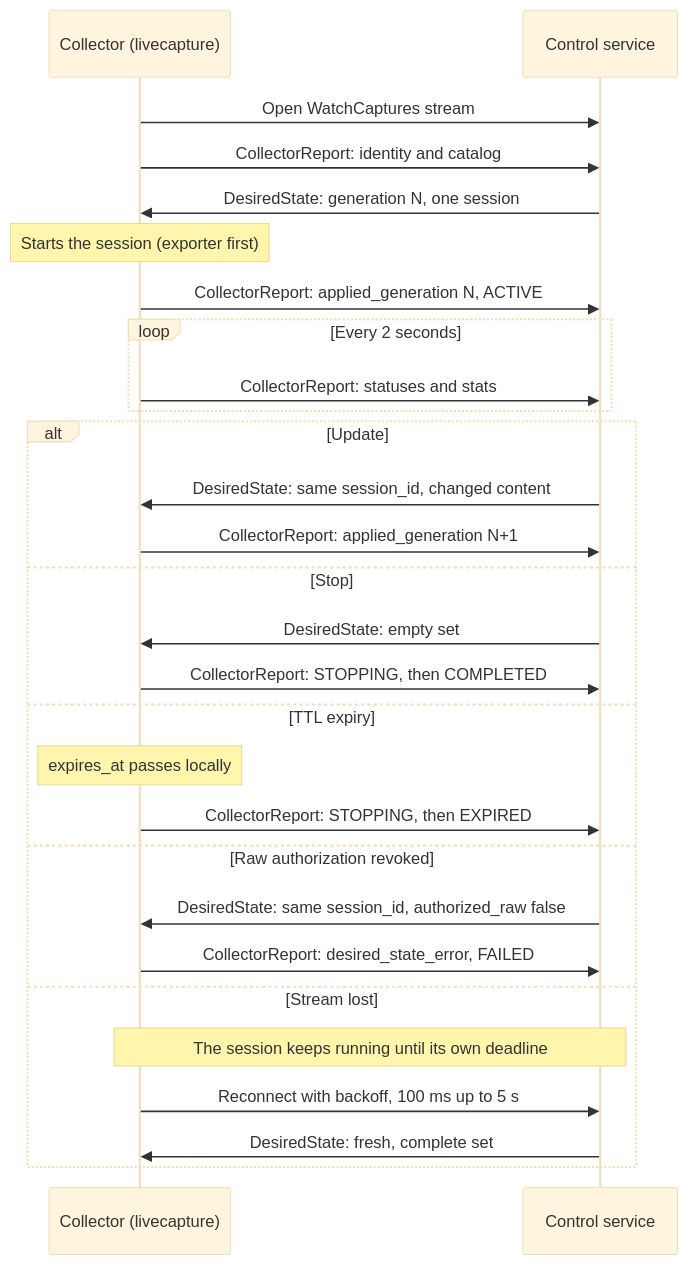
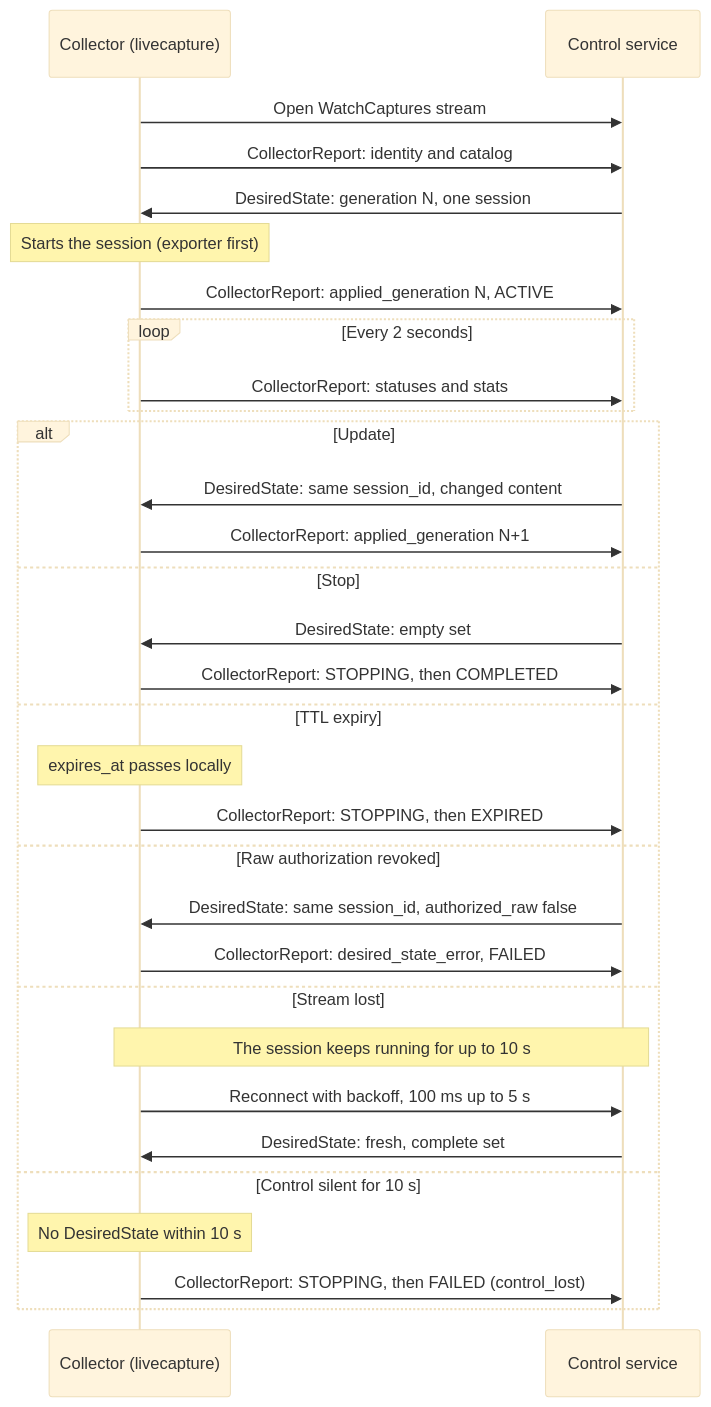
The diagram in docs/collector-components/control-protocol.md (lineahq/linea), drawn with Mermaid (base theme) before and after one commit. The commit also changed other lines of this file and 3 other files, not shown here.

First line of the commit message:
feat(livecapture): end a remote session after 10 s without control

````diff
--- a/docs/collector-components/control-protocol.md
+++ b/docs/collector-components/control-protocol.md
@@ -24,30 +24,33 @@
 ```mermaid
 sequenceDiagram
     participant C as Collector (livecapture)
     participant S as Control service
     C->>S: Open WatchCaptures stream
     C->>S: CollectorReport: identity and catalog
     S->>C: DesiredState: generation N, one session
     Note over C: Starts the session (exporter first)
     C->>S: CollectorReport: applied_generation N, ACTIVE
     loop Every 2 seconds
         C->>S: CollectorReport: statuses and stats
     end
     alt Update
         S->>C: DesiredState: same session_id, changed content
         C->>S: CollectorReport: applied_generation N+1
     else Stop
         S->>C: DesiredState: empty set
         C->>S: CollectorReport: STOPPING, then COMPLETED
     else TTL expiry
         Note over C: expires_at passes locally
         C->>S: CollectorReport: STOPPING, then EXPIRED
     else Raw authorization revoked
         S->>C: DesiredState: same session_id, authorized_raw false
         C->>S: CollectorReport: desired_state_error, FAILED
     else Stream lost
-        Note over C,S: The session keeps running until its own deadline
+        Note over C,S: The session keeps running for up to 10 s
         C->>S: Reconnect with backoff, 100 ms up to 5 s
         S->>C: DesiredState: fresh, complete set
+    else Control silent for 10 s
+        Note over C: No DesiredState within 10 s
+        C->>S: CollectorReport: STOPPING, then FAILED (control_lost)
     end
 ```
````
